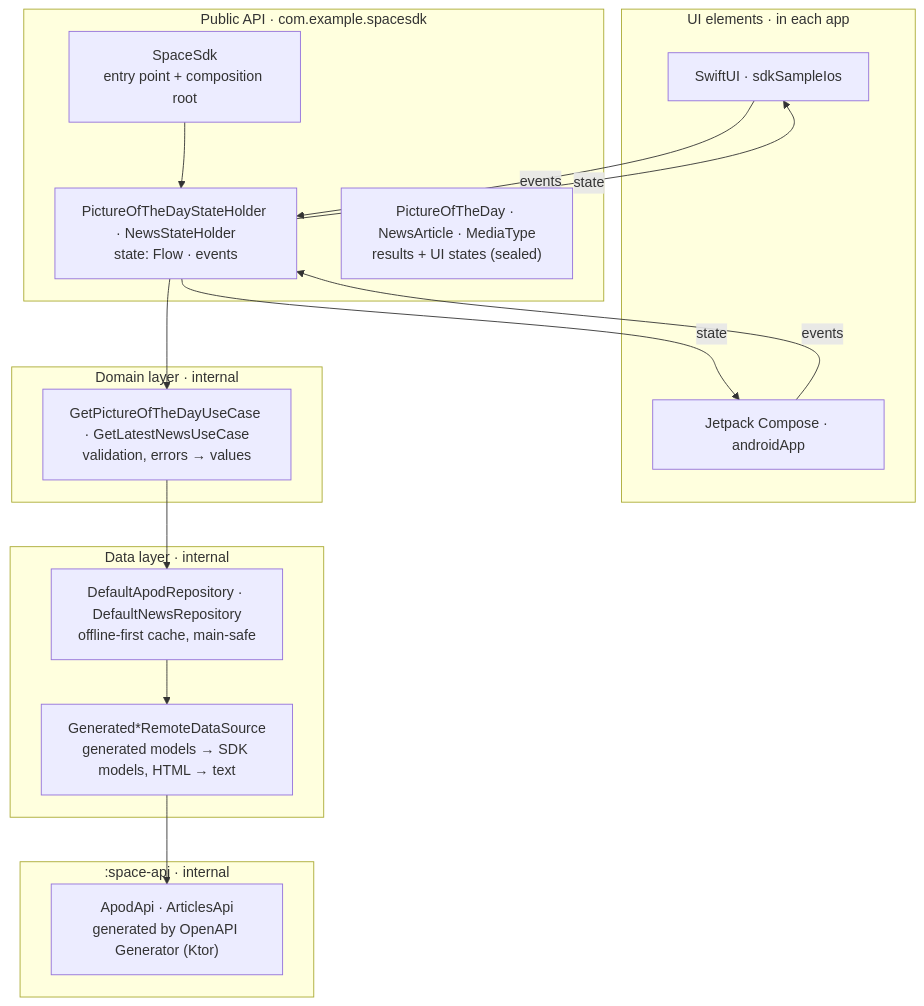
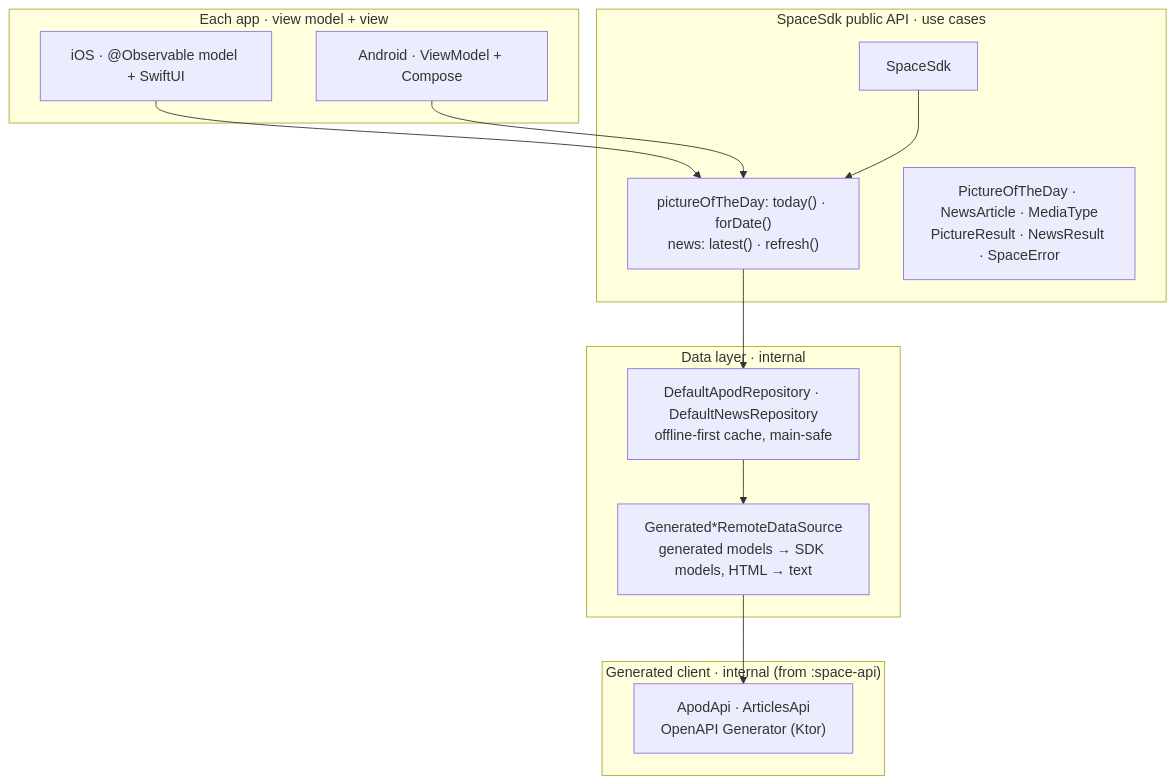
One commit to bdiesel/kmp-spm changed the third of 3 diagrams in README.md. Above: the diagram before and after it, drawn with Mermaid. The commit also changed other lines of this file and 27 other files, not shown here.

First line of the commit message:
SpaceSdk: use-case API, one published package; apps own view models

````diff
--- a/README.md
+++ b/README.md
@@ -328,32 +344,26 @@
 ```mermaid
 flowchart TB
-    subgraph apps["UI elements · in each app"]
-        Swift["SwiftUI · sdkSampleIos"]
-        Compose["Jetpack Compose · androidApp"]
+    subgraph apps["Each app · view model + view"]
+        Swift["iOS · @Observable model + SwiftUI"]
+        Compose["Android · ViewModel + Compose"]
     end
 
-    subgraph public["Public API · com.example.spacesdk"]
-        SDK["SpaceSdk<br/>entry point + composition root"]
-        SH["PictureOfTheDayStateHolder · NewsStateHolder<br/>state: Flow · events"]
-        Models["PictureOfTheDay · NewsArticle · MediaType<br/>results + UI states (sealed)"]
-    end
-
-    subgraph domain["Domain layer · internal"]
-        UC["GetPictureOfTheDayUseCase · GetLatestNewsUseCase<br/>validation, errors → values"]
+    subgraph public["SpaceSdk public API · use cases"]
+        SDK["SpaceSdk"]
+        UC["pictureOfTheDay: today() · forDate()<br/>news: latest() · refresh()"]
+        Models["PictureOfTheDay · NewsArticle · MediaType<br/>PictureResult · NewsResult · SpaceError"]
     end
 
     subgraph data["Data layer · internal"]
         Repo["DefaultApodRepository · DefaultNewsRepository<br/>offline-first cache, main-safe"]
         Remote["Generated*RemoteDataSource<br/>generated models → SDK models, HTML → text"]
     end
 
-    subgraph api[":space-api · internal"]
-        Gen["ApodApi · ArticlesApi<br/>generated by OpenAPI Generator (Ktor)"]
+    subgraph api["Generated client · internal (from :space-api)"]
+        Gen["ApodApi · ArticlesApi<br/>OpenAPI Generator (Ktor)"]
     end
 
-    Swift -- "events" --> SH
-    SH -- "state" --> Swift
-    Compose -- "events" --> SH
-    SH -- "state" --> Compose
-    SDK --> SH --> UC --> Repo --> Remote --> Gen
+    Swift --> UC
+    Compose --> UC
+    SDK --> UC --> Repo --> Remote --> Gen
 ```
````
